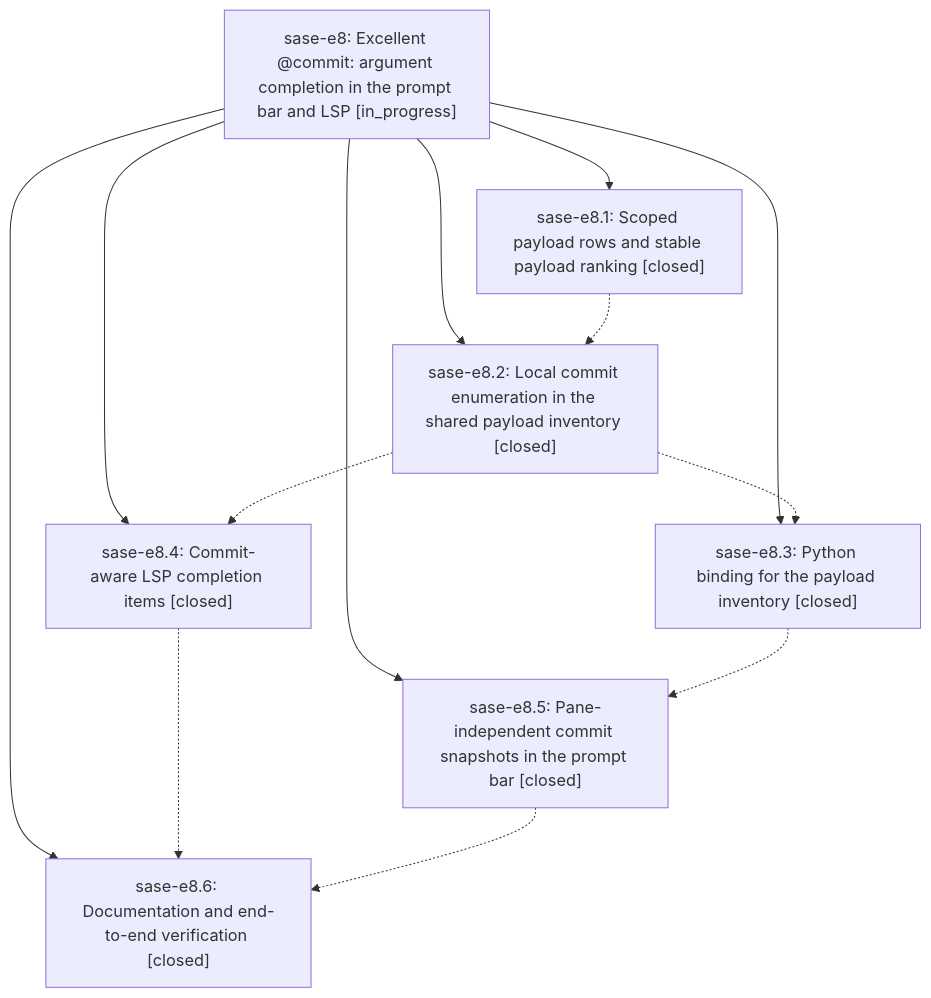
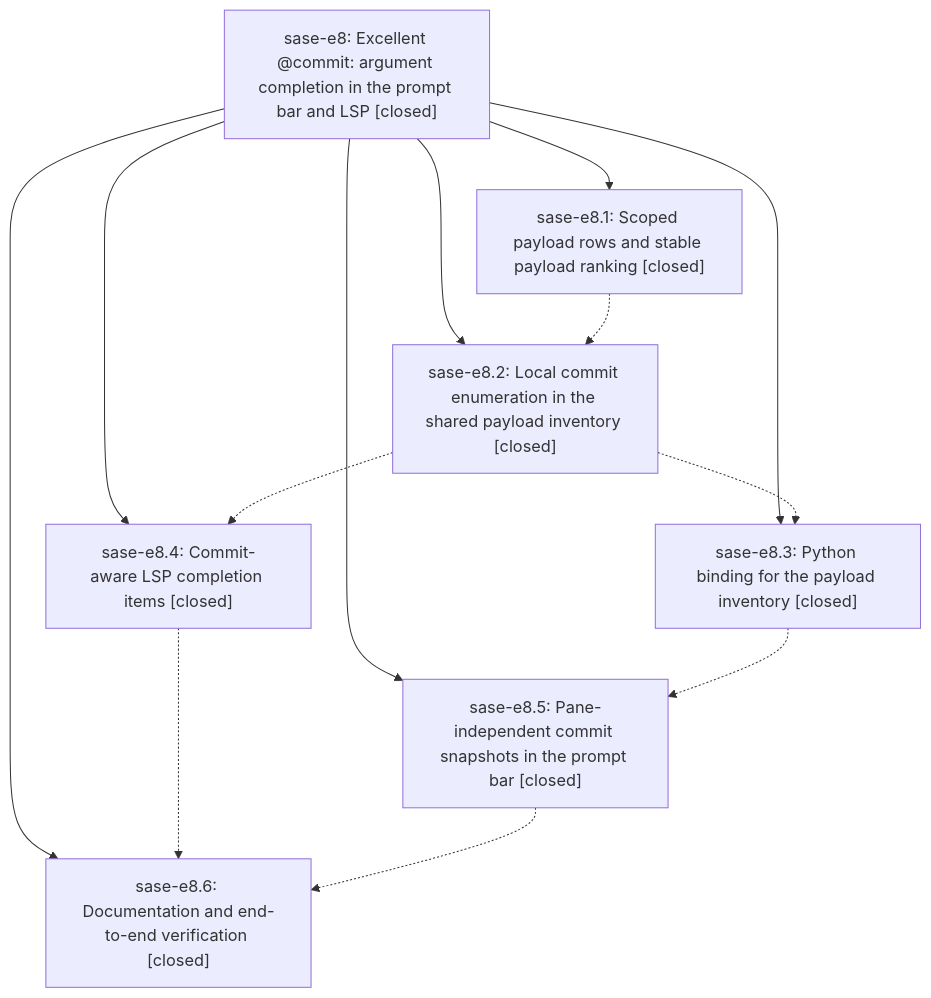
The diagram in pages/sase-e8/README.md (sase-org/sase--beads), drawn with Mermaid before and after one commit. The commit also changed other lines of this file, not shown here.

First line of the commit message:
chore(beads): sync bead state and pages for sase-e8

````diff
--- a/pages/sase-e8/README.md
+++ b/pages/sase-e8/README.md
@@ -27,22 +39,22 @@
 ```mermaid
 flowchart TD
-    n0["sase-e8: Excellent @commit: argument completion in the prompt bar and LSP [in_progress]"]
+    n0["sase-e8: Excellent @commit: argument completion in the prompt bar and LSP [closed]"]
     n1["sase-e8.1: Scoped payload rows and stable payload ranking [closed]"]
     n2["sase-e8.2: Local commit enumeration in the shared payload inventory [closed]"]
     n3["sase-e8.3: Python binding for the payload inventory [closed]"]
     n4["sase-e8.4: Commit-aware LSP completion items [closed]"]
     n5["sase-e8.5: Pane-independent commit snapshots in the prompt bar [closed]"]
     n6["sase-e8.6: Documentation and end-to-end verification [closed]"]
     n0 --> n1
     n0 --> n2
     n0 --> n3
     n0 --> n4
     n0 --> n5
     n0 --> n6
     n1 -.-> n2
     n2 -.-> n3
     n2 -.-> n4
     n3 -.-> n5
     n4 -.-> n6
     n5 -.-> n6
 ```
````
